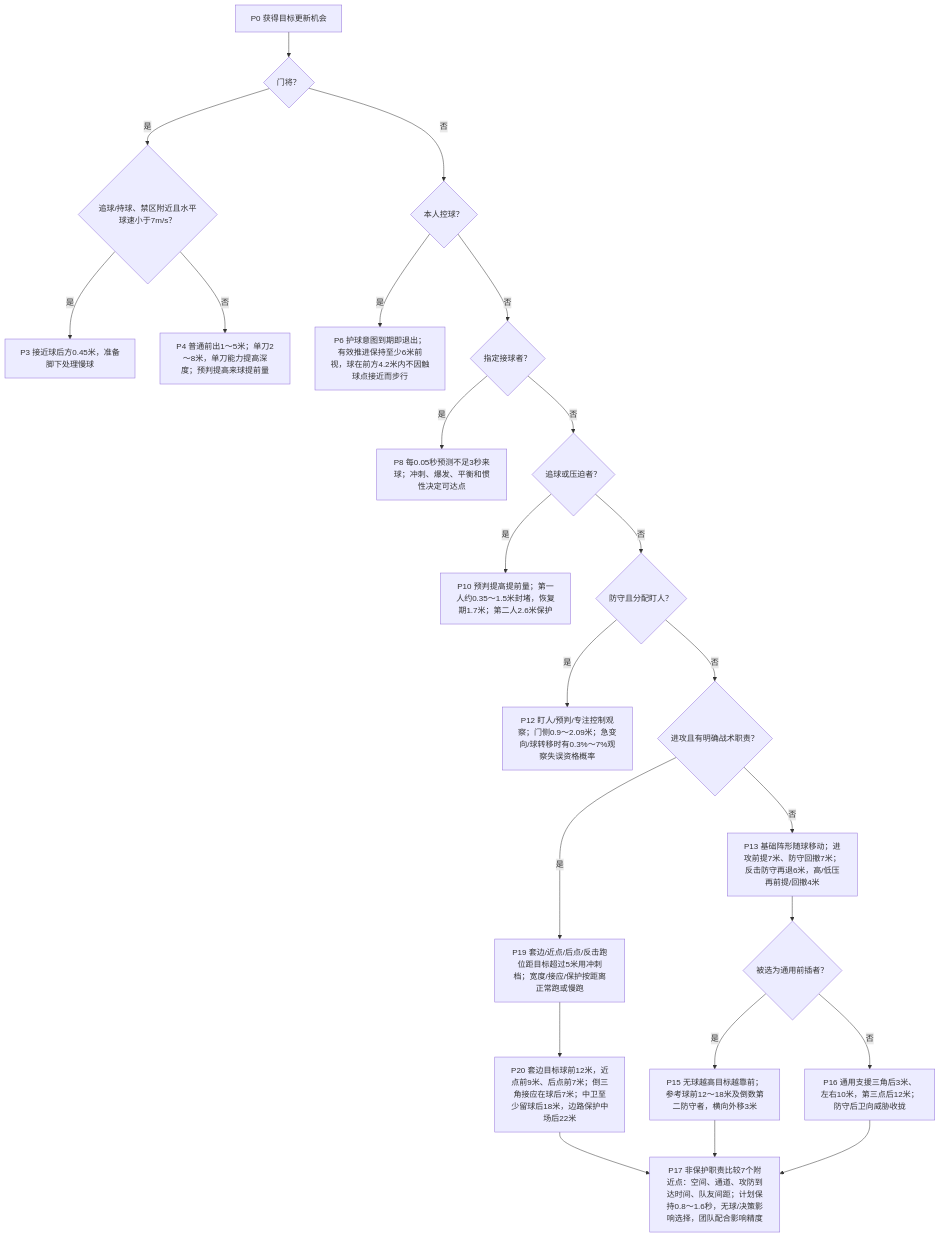
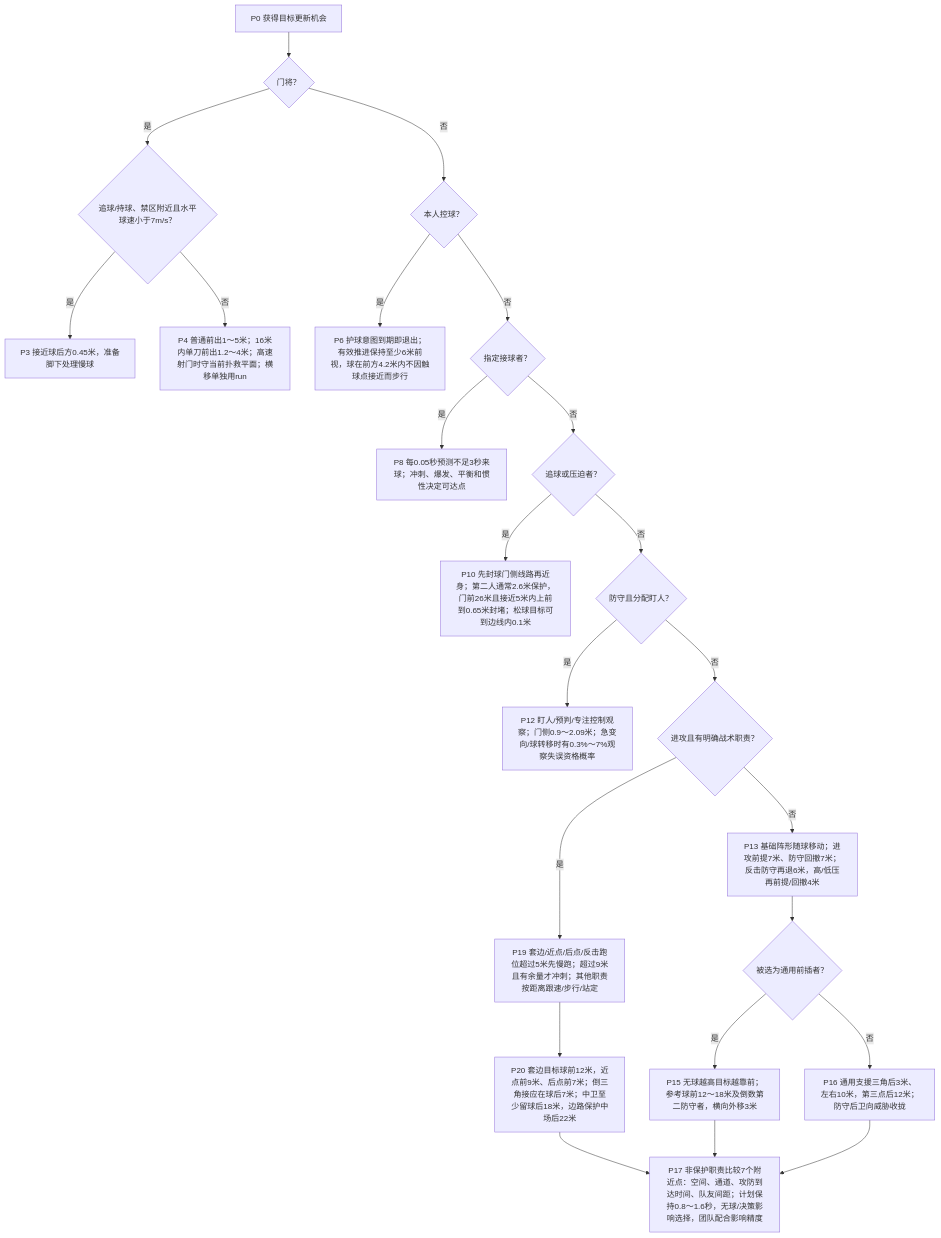
Before and after one commit to sixu3575/touchline-manager: the third of 7 diagrams in packages/shared/modules/matches/design/PLAYER_DECISION_MAP.md, drawn with Mermaid. The commit also changed other lines of this file and 39 other files, not shown here.

````diff
--- a/packages/shared/modules/matches/design/PLAYER_DECISION_MAP.md
+++ b/packages/shared/modules/matches/design/PLAYER_DECISION_MAP.md
@@ -128,25 +128,25 @@
 ```mermaid
 flowchart TD
   P0["P0 获得目标更新机会"] --> P1{"门将？"}
   P1 -->|是| P2{"追球/持球、禁区附近且水平球速小于7m/s？"}
   P2 -->|是| P3["P3 接近球后方0.45米，准备脚下处理慢球"]
-  P2 -->|否| P4["P4 普通前出1～5米；单刀2～8米，单刀能力提高深度；预判提高来球提前量"]
+  P2 -->|否| P4["P4 普通前出1～5米；16米内单刀前出1.2～4米；高速射门时守当前扑救平面；横移单独用run"]
   P1 -->|否| P5{"本人控球？"}
   P5 -->|是| P6["P6 护球意图到期即退出；有效推进保持至少6米前视，球在前方4.2米内不因触球点接近而步行"]
   P5 -->|否| P7{"指定接球者？"}
   P7 -->|是| P8["P8 每0.05秒预测不足3秒来球；冲刺、爆发、平衡和惯性决定可达点"]
   P7 -->|否| P9{"追球或压迫者？"}
-  P9 -->|是| P10["P10 预判提高提前量；第一人约0.35～1.5米封堵，恢复期1.7米；第二人2.6米保护"]
+  P9 -->|是| P10["P10 先封球门侧线路再近身；第二人通常2.6米保护，门前26米且接近5米内上前到0.65米封堵；松球目标可到边线内0.1米"]
   P9 -->|否| P11{"防守且分配盯人？"}
   P11 -->|是| P12["P12 盯人/预判/专注控制观察；门侧0.9～2.09米；急变向/球转移时有0.3%～7%观察失误资格概率"]
   P11 -->|否| P18{"进攻且有明确战术职责？"}
-  P18 -->|是| P19["P19 套边/近点/后点/反击跑位距目标超过5米用冲刺档；宽度/接应/保护按距离正常跑或慢跑"]
+  P18 -->|是| P19["P19 套边/近点/后点/反击跑位超过5米先慢跑；超过9米且有余量才冲刺；其他职责按距离跟速/步行/站定"]
   P19 --> P20["P20 套边目标球前12米，近点前9米、后点前7米；倒三角接应在球后7米；中卫至少留球后18米，边路保护中场后22米"]
   P20 --> P17["P17 非保护职责比较7个附近点：空间、通道、攻防到达时间、队友间距；计划保持0.8～1.6秒，无球/决策影响选择，团队配合影响精度"]
   P18 -->|否| P13["P13 基础阵形随球移动；进攻前提7米、防守回撤7米；反击防守再退6米，高/低压再前提/回撤4米"]
   P13 --> P14{"被选为通用前插者？"}
   P14 -->|是| P15["P15 无球越高目标越靠前；参考球前12～18米及倒数第二防守者，横向外移3米"]
   P14 -->|否| P16["P16 通用支援三角后3米、左右10米，第三点后12米；防守后卫向威胁收拢"]
   P15 --> P17
   P16 --> P17
 ```
````
